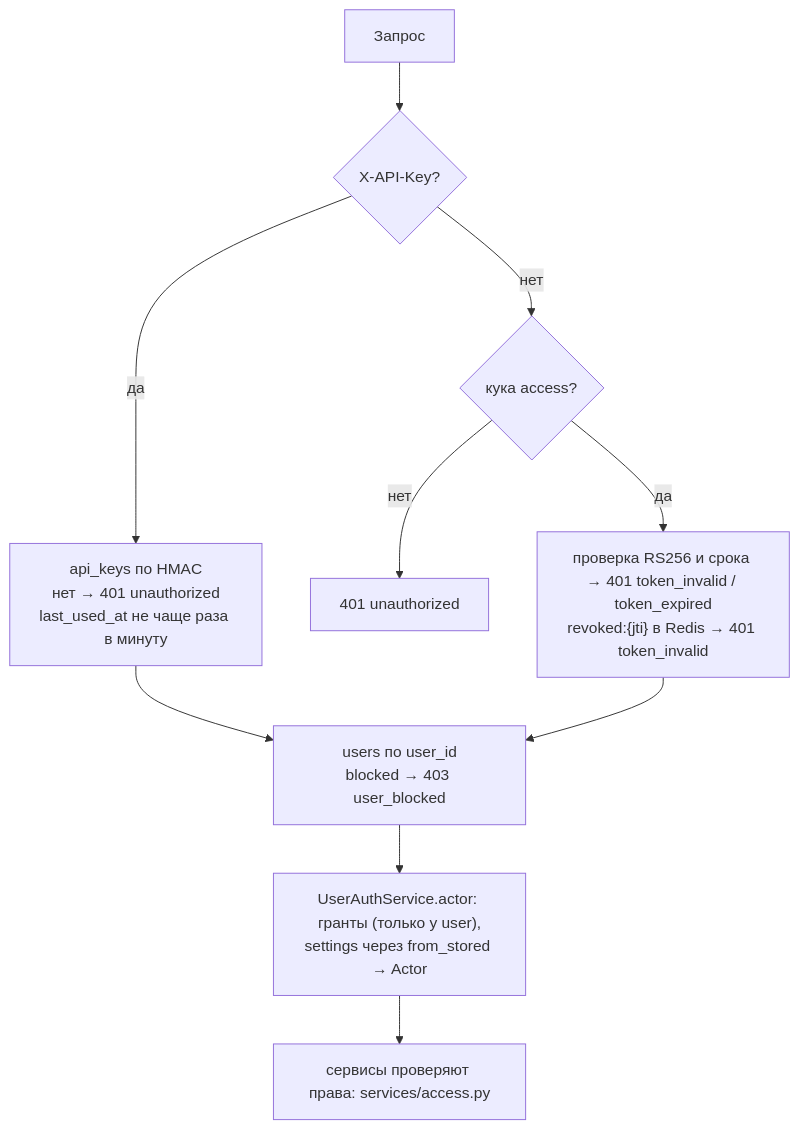
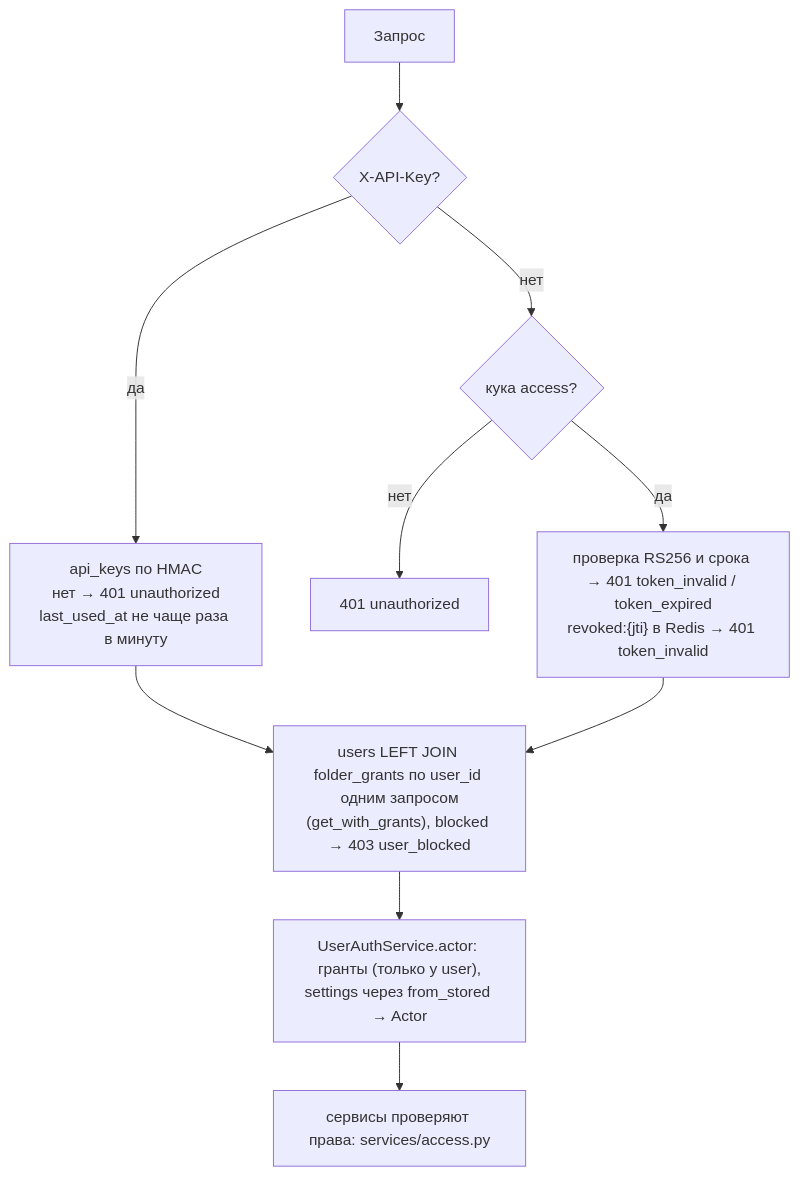
The third of 3 diagrams in docs/flows/users.md (NikitkaZXC/tcloud-backend), drawn with Mermaid before and after one commit. The commit also changed other lines of this file and 10 other files, not shown here.

Commit message:
perf: user and grants load in one query, DB pool drops pre-ping and retries a lost connection once

````diff
--- a/docs/flows/users.md
+++ b/docs/flows/users.md
@@ -78,12 +78,12 @@
 ```mermaid
 flowchart TD
     req["Запрос"] --> k{"X-API-Key?"}
     k -->|да| key["api_keys по HMAC<br/>нет → 401 unauthorized<br/>last_used_at не чаще раза в минуту"]
     k -->|нет| c{"кука access?"}
     c -->|нет| e["401 unauthorized"]
     c -->|да| jwt["проверка RS256 и срока → 401 token_invalid / token_expired<br/>revoked:{jti} в Redis → 401 token_invalid"]
-    key --> user["users по user_id<br/>blocked → 403 user_blocked"]
+    key --> user["users LEFT JOIN folder_grants по user_id одним запросом<br/>(get_with_grants), blocked → 403 user_blocked"]
     jwt --> user
     user --> actor["UserAuthService.actor: гранты (только у user),<br/>settings через from_stored → Actor"]
     actor --> svc["сервисы проверяют права: services/access.py"]
 ```
````
